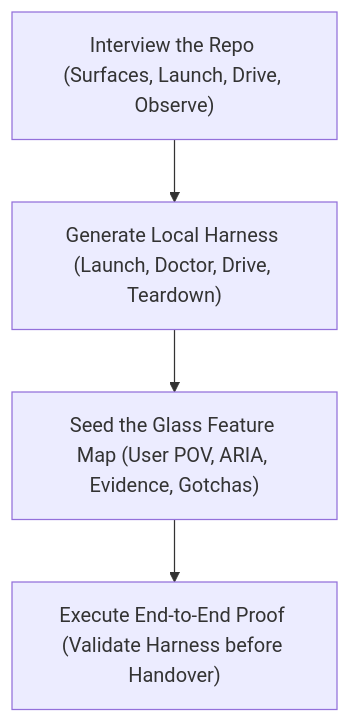
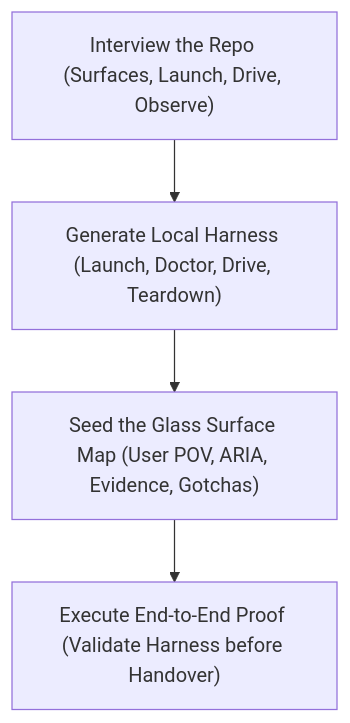
The diagram in skills/create-verification-harness/SKILL.md (sirius-cc-wu/sirius-skills), drawn with Mermaid before and after one commit. The commit also changed other lines of this file, not shown here.

Commit message:
docs(create-verification-harness): rename Glass Feature Map to Glass Surface Map

````diff
--- a/skills/create-verification-harness/SKILL.md
+++ b/skills/create-verification-harness/SKILL.md
@@ -33,6 +33,6 @@
 ```mermaid
 flowchart TD
     A["Interview the Repo (Surfaces, Launch, Drive, Observe)"] --> B["Generate Local Harness (Launch, Doctor, Drive, Teardown)"]
-    B --> C["Seed the Glass Feature Map (User POV, ARIA, Evidence, Gotchas)"]
+    B --> C["Seed the Glass Surface Map (User POV, ARIA, Evidence, Gotchas)"]
     C --> D["Execute End-to-End Proof (Validate Harness before Handover)"]
 ```
````
